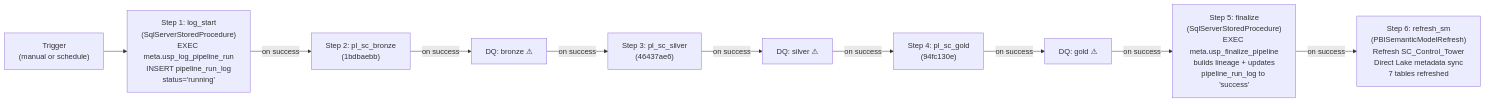
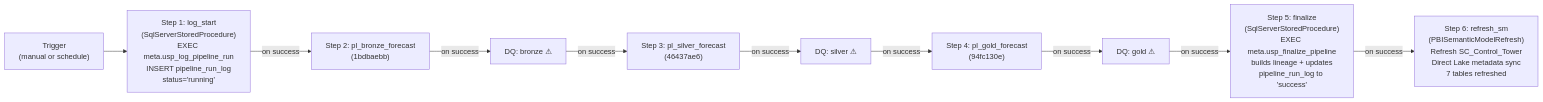
The first of 11 diagrams in Fabric_Architect/v9_pipeline_supplychain.md (ankinguyen-engineer-2002/Fabric-v9-Warehouse-Medallion), drawn with Mermaid before and after one commit. The commit also changed other lines of this file and 9 other files, not shown here.

````diff
--- a/Fabric_Architect/v9_pipeline_supplychain.md
+++ b/Fabric_Architect/v9_pipeline_supplychain.md
@@ -13,18 +13,18 @@
 ```mermaid
 flowchart LR
     T["Trigger\n(manual or schedule)"]
     LS["Step 1: log_start\n(SqlServerStoredProcedure)\nEXEC meta.usp_log_pipeline_run\nINSERT pipeline_run_log\nstatus='running'"]
-    B["Step 2: pl_sc_bronze\n(1bdbaebb)"]
-    S["Step 3: pl_sc_silver\n(46437ae6)"]
-    G["Step 4: pl_sc_gold\n(94fc130e)"]
+    B["Step 2: pl_bronze_forecast\n(1bdbaebb)"]
+    S["Step 3: pl_silver_forecast\n(46437ae6)"]
+    G["Step 4: pl_gold_forecast\n(94fc130e)"]
     FN["Step 5: finalize\n(SqlServerStoredProcedure)\nEXEC meta.usp_finalize_pipeline\nbuilds lineage + updates\npipeline_run_log to 'success'"]
     SM["Step 6: refresh_sm\n(PBISemanticModelRefresh)\nRefresh SC_Control_Tower\nDirect Lake metadata sync\n7 tables refreshed"]
 
     T --> LS -->|"on success"| B
     B -->|"on success"| DQ1["DQ: bronze ⚠"]
     DQ1 -->|"on success"| S
     S -->|"on success"| DQ2["DQ: silver ⚠"]
     DQ2 -->|"on success"| G
     G -->|"on success"| DQ3["DQ: gold ⚠"]
     DQ3 -->|"on success"| FN -->|"on success"| SM
 ```
````
